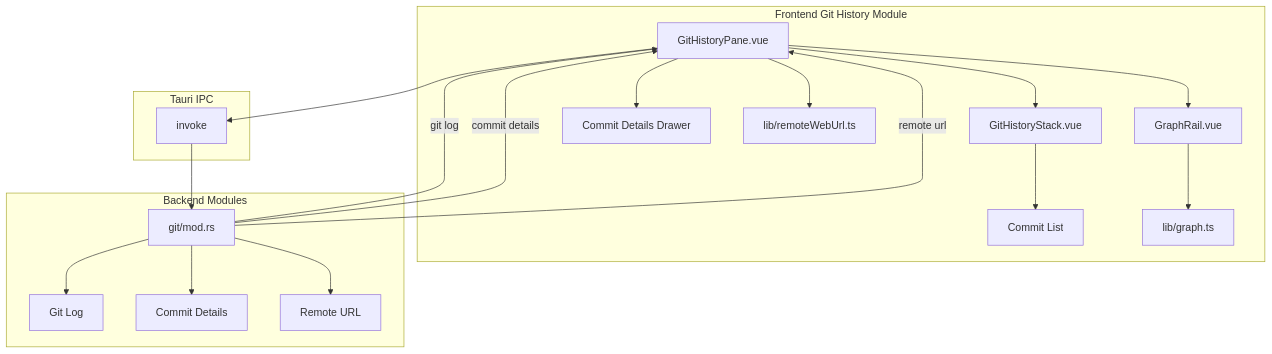
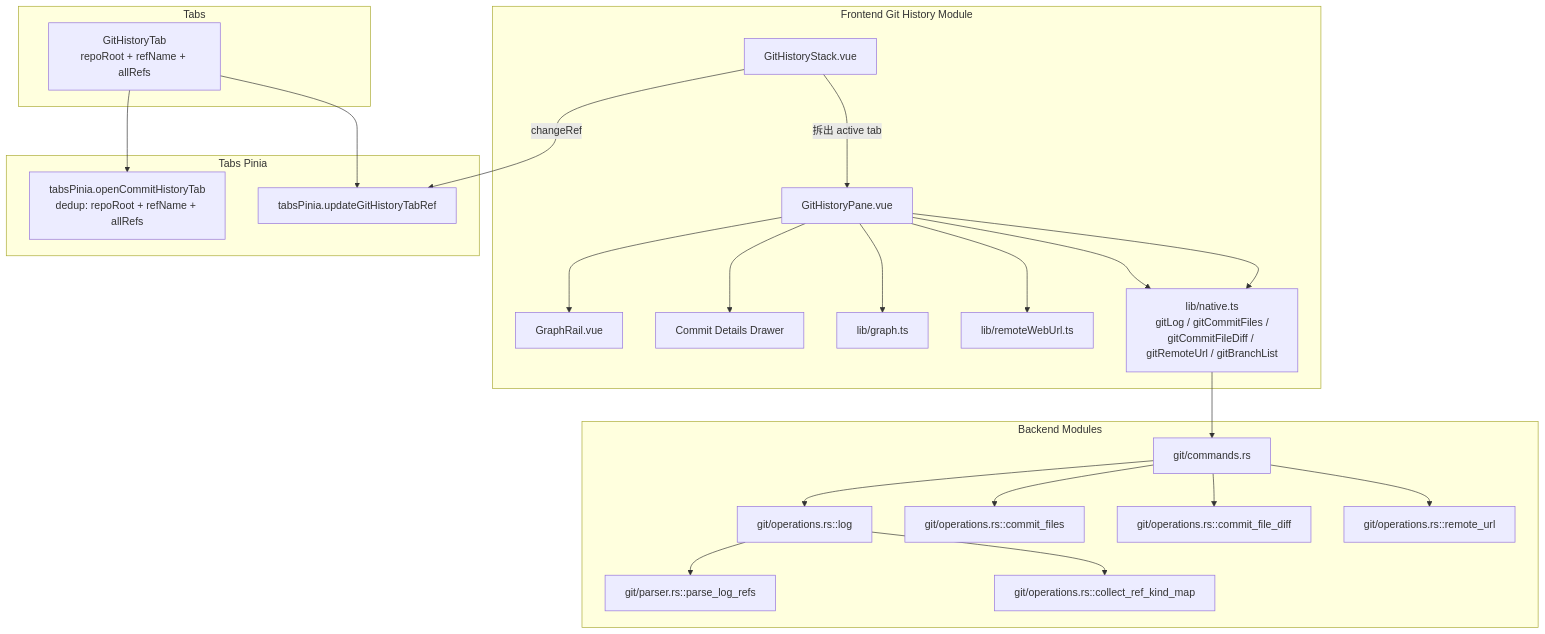
Before and after one commit to xinggaoya/nexterm: the diagram in docs/architecture/git-history/detailed-design.md, drawn with Mermaid. The commit also changed other lines of this file and 3 other files, not shown here.

First line of the commit message:
docs(architecture): source-control 与 git-history 与实现同步

````diff
--- a/docs/architecture/git-history/detailed-design.md
+++ b/docs/architecture/git-history/detailed-design.md
@@ -7,26 +7,35 @@
 ```mermaid
 graph TB
+    subgraph "Tabs"
+        T[GitHistoryTab<br/>repoRoot + refName + allRefs]
+    end
+
     subgraph "Frontend Git History Module"
-        A[GitHistoryPane.vue] --> B[GitHistoryStack.vue]
-        A --> C[GraphRail.vue]
-        A --> D[Commit Details Drawer]
-        B --> E[Commit List]
-        C --> F[lib/graph.ts]
-        A --> G[lib/remoteWebUrl.ts]
+        A[GitHistoryStack.vue] -->|拆出 active tab| B[GitHistoryPane.vue]
+        B --> C[GraphRail.vue]
+        B --> D[Commit Details Drawer]
+        B --> E[lib/graph.ts]
+        B --> F[lib/remoteWebUrl.ts]
+        B --> G[lib/native.ts<br/>gitLog / gitCommitFiles /<br/>gitCommitFileDiff / gitRemoteUrl / gitBranchList]
     end
-    
+
     subgraph "Backend Modules"
-        H[git/mod.rs] --> I[Git Log]
-        H --> J[Commit Details]
-        H --> K[Remote URL]
+        H[git/commands.rs] --> I[git/operations.rs::log]
+        I --> J[git/parser.rs::parse_log_refs]
+        I --> K[git/operations.rs::collect_ref_kind_map]
+        H --> L[git/operations.rs::commit_files]
+        H --> M[git/operations.rs::commit_file_diff]
+        H --> N[git/operations.rs::remote_url]
     end
-    
-    subgraph "Tauri IPC"
-        L[invoke] --> H
-        H -->|git log| A
-        H -->|commit details| A
-        H -->|remote url| A
+
+    subgraph "Tabs Pinia"
+        O[tabsPinia.openCommitHistoryTab<br/>dedup: repoRoot + refName + allRefs]
+        P[tabsPinia.updateGitHistoryTabRef]
     end
-    
-    A --> L
+
+    T --> O
+    T --> P
+    A -->|changeRef| P
+    B --> G
+    G --> H
 ```
````
